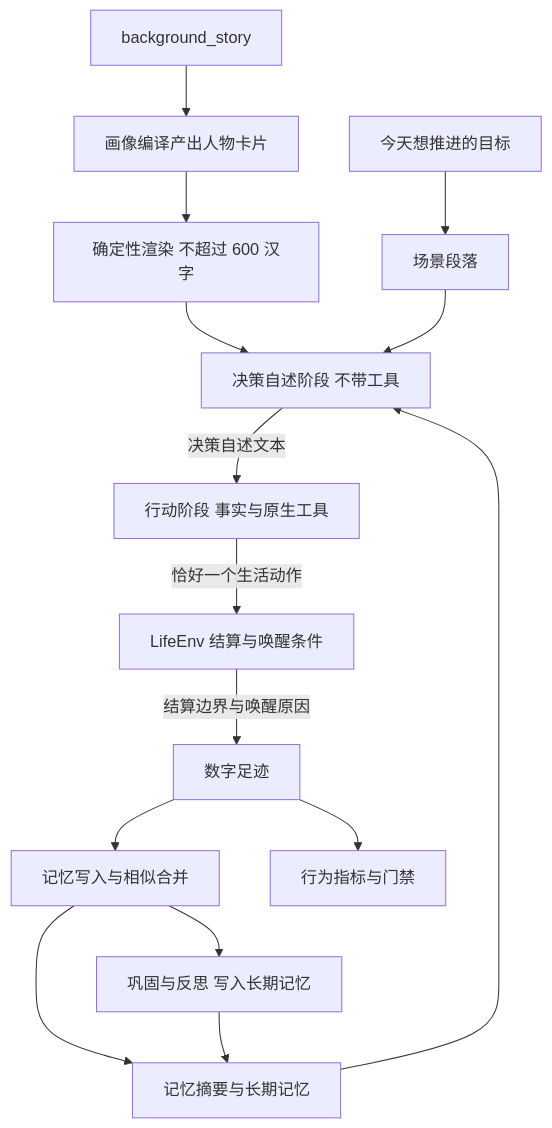
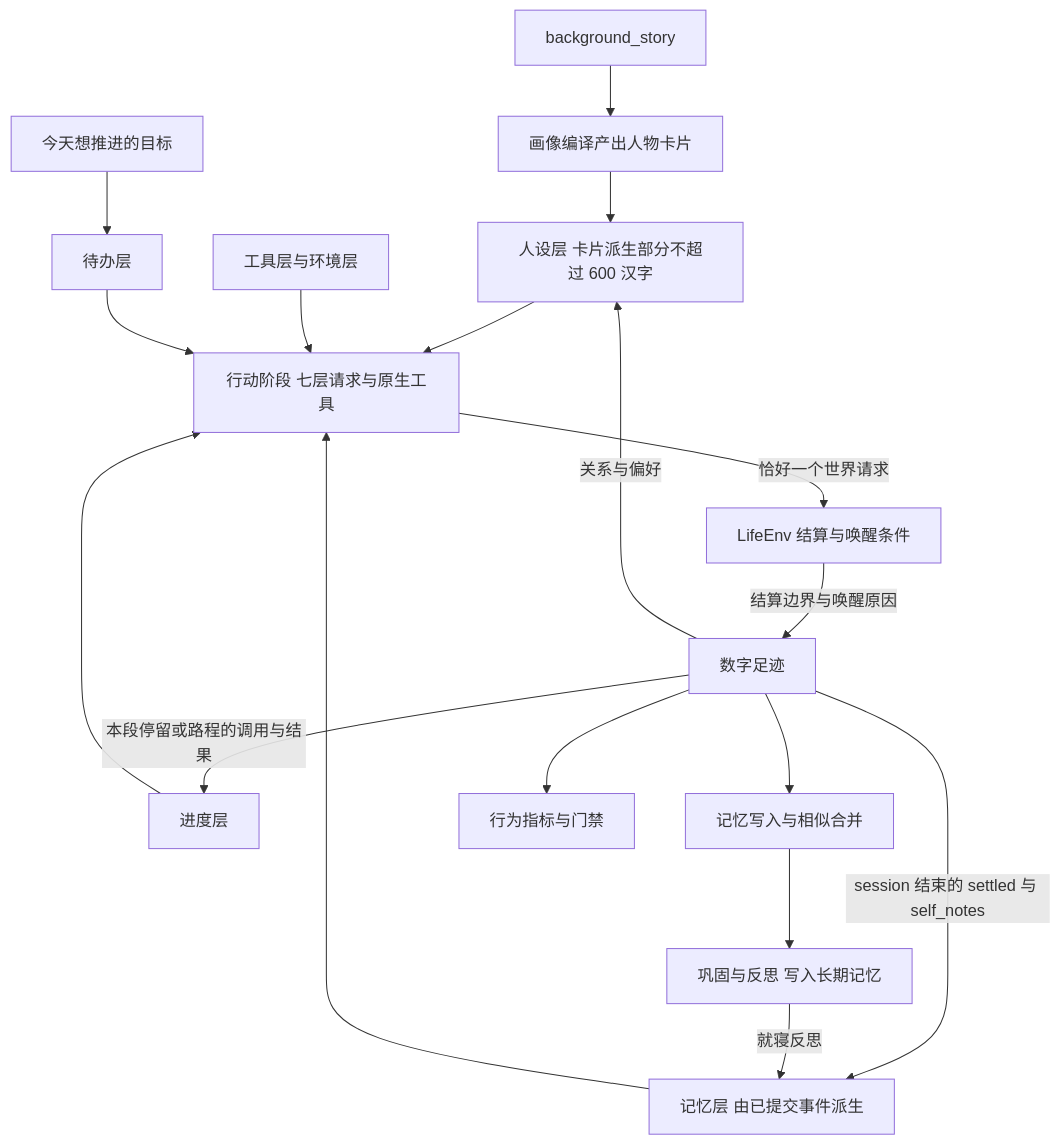
One commit to HoldThatThgt/WorldMock changed the first of 3 diagrams in docs/dev/SPEC-life-realism.md. Above: the diagram before and after it, drawn with Mermaid. The commit also changed other lines of this file and 5 other files, not shown here.

````diff
--- a/docs/dev/SPEC-life-realism.md
+++ b/docs/dev/SPEC-life-realism.md
@@ -31,17 +33,20 @@
 ```mermaid
 flowchart TD
     BS[background_story] --> PC[画像编译产出人物卡片]
-    PC --> TXT[确定性渲染 不超过 600 汉字]
-    TXT --> MONO[决策自述阶段 不带工具]
-    SCENE[场景段落] --> MONO
-    MEM[记忆摘要与长期记忆] --> MONO
-    MONO -->|决策自述文本| ACT[行动阶段 事实与原生工具]
-    ACT -->|恰好一个生活动作| ENV[LifeEnv 结算与唤醒条件]
-    PLAN[今天想推进的目标] --> SCENE
+    PC --> PER[人设层 卡片派生部分不超过 600 汉字]
+    PER --> ACT[行动阶段 七层请求与原生工具]
+    LAYERS[工具层与环境层] --> ACT
+    PLAN[今天想推进的目标] --> TODO[待办层]
+    TODO --> ACT
+    MEM[记忆层 由已提交事件派生] --> ACT
+    ACT -->|恰好一个世界请求| ENV[LifeEnv 结算与唤醒条件]
     ENV -->|结算边界与唤醒原因| FOOT[数字足迹]
+    FOOT -->|本段停留或路程的调用与结果| PROG[进度层]
+    PROG --> ACT
+    FOOT -->|session 结束的 settled 与 self_notes| MEM
+    FOOT -->|关系与偏好| PER
     FOOT --> WRITE[记忆写入与相似合并]
-    WRITE --> MEM
     WRITE --> CONSO[巩固与反思 写入长期记忆]
-    CONSO --> MEM
+    CONSO -->|就寝反思| MEM
     FOOT --> METRIC[行为指标与门禁]
 ```
````
